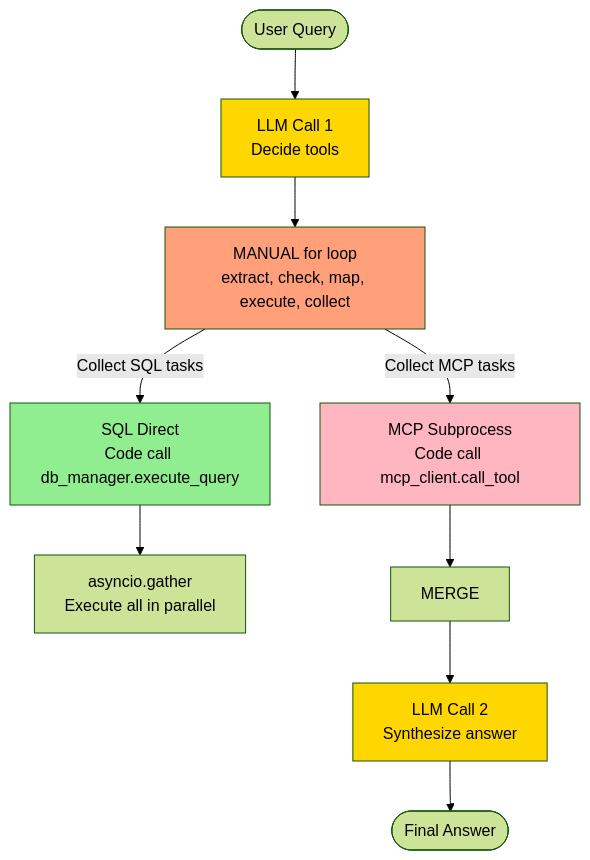
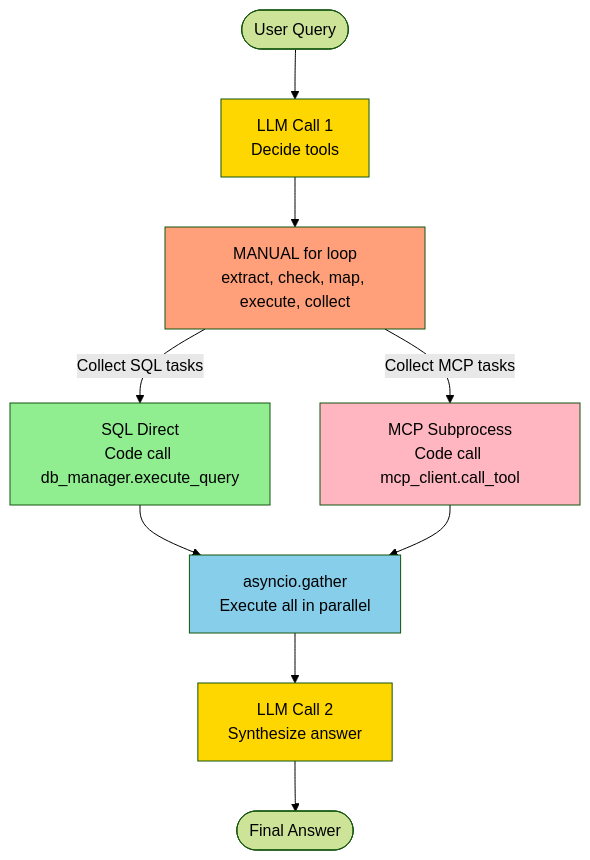
The fourth of 6 diagrams in AgenticAI/simple_chatbot_mcp_langgraph/readme.md (Yuhsuant1994/DataScienKnowledge), drawn with Mermaid (forest theme) before and after one commit.

````diff
--- a/AgenticAI/simple_chatbot_mcp_langgraph/readme.md
+++ b/AgenticAI/simple_chatbot_mcp_langgraph/readme.md
@@ -77,20 +77,21 @@
 ```mermaid
 graph TD
     START([User Query]) --> LLM1[LLM Call 1<br/>Decide tools]
     LLM1 --> MANUAL[MANUAL for loop<br/>extract, check, map, execute, collect]
 
     MANUAL -->|Collect SQL tasks| SQL[SQL Direct<br/>Code call db_manager.execute_query]
     MANUAL -->|Collect MCP tasks| MCP[MCP Subprocess<br/>Code call mcp_client.call_tool]
 
     SQL --> PARALLEL[asyncio.gather<br/>Execute all in parallel]
-    MCP --> MERGE
+    MCP --> PARALLEL
 
-    MERGE --> LLM2[LLM Call 2<br/>Synthesize answer]
+    PARALLEL --> LLM2[LLM Call 2<br/>Synthesize answer]
     LLM2 --> END([Final Answer])
 
     style LLM1 fill:#FFD700
     style LLM2 fill:#FFD700
     style MANUAL fill:#FFA07A
+    style PARALLEL fill:#87CEEB
     style SQL fill:#90EE90
     style MCP fill:#FFB6C1
 ```
````
